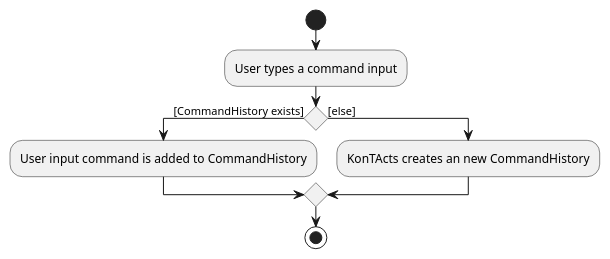
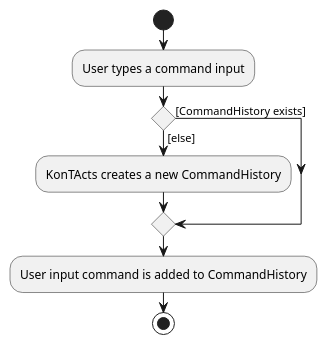
The diagram in diagrams/commandHistoryActivityDiagram.puml (AY2425S1-CS2103T-T11-2/tp), drawn with PlantUML before and after one commit. The commit also changed 31 other files, not shown here.

```diff
--- a/diagrams/commandHistoryActivityDiagram.puml
+++ b/diagrams/commandHistoryActivityDiagram.puml
@@ -1,15 +1,17 @@
 @startuml
 'https://plantuml.com/activity-diagram-beta
 
 start
 :User types a command input;
 if () then ([CommandHistory exists])
-  :User input command is added to CommandHistory;
+
 else ([else])
-:KonTActs creates an new CommandHistory;
+:KonTActs creates a new CommandHistory;
 endif
+
+:User input command is added to CommandHistory;
 
 
 stop
 
 @enduml
```
